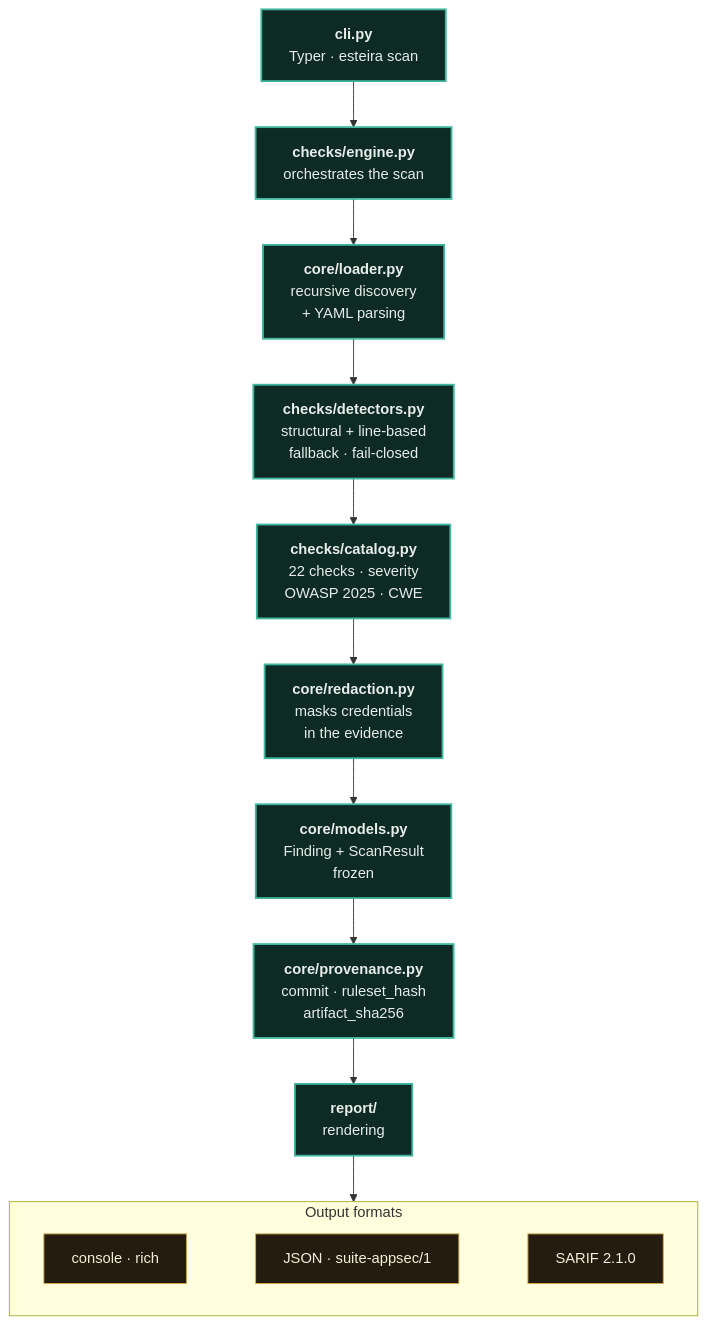
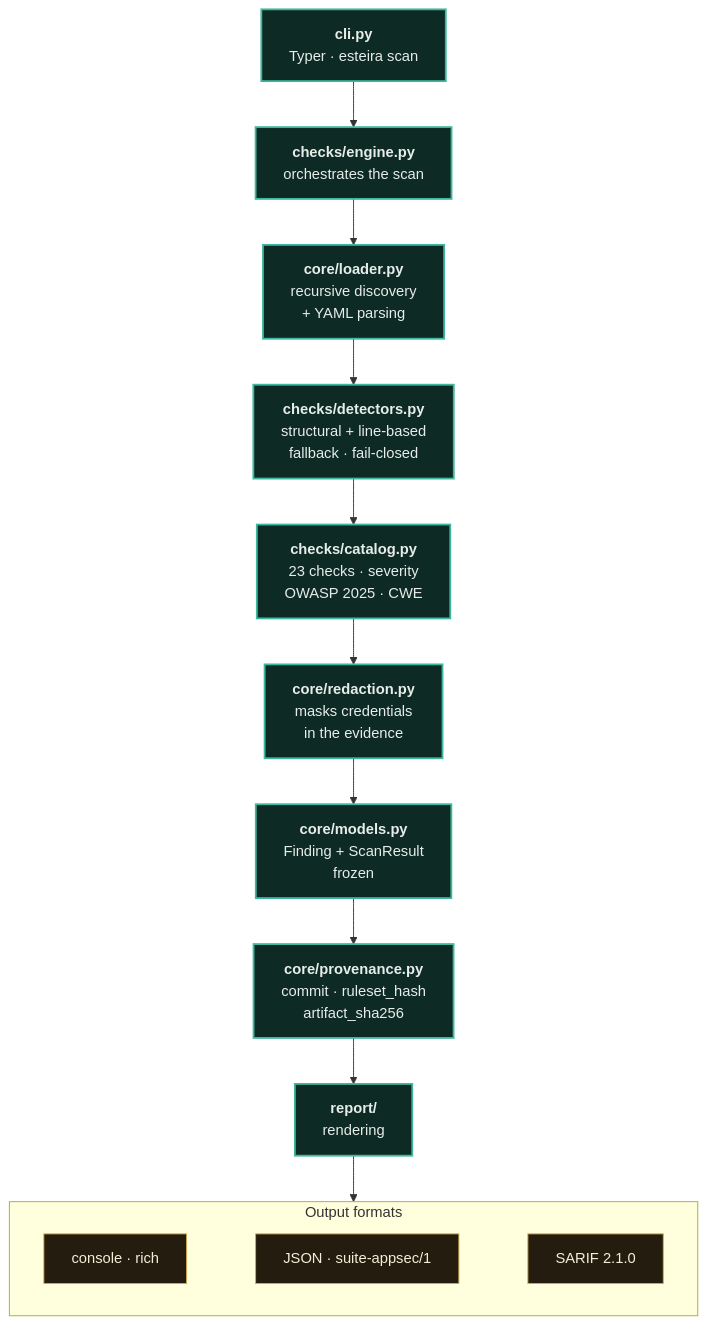
Before and after one commit to Paulo-Marcos-Lucio/esteira: the diagram in README.en.md, drawn with Mermaid. The commit also changed other lines of this file and 9 other files, not shown here.

````diff
--- a/README.en.md
+++ b/README.en.md
@@ -274,20 +275,20 @@
 ```mermaid
 flowchart TD
     A["<b>cli.py</b><br/>Typer · esteira scan"] --> ENG["<b>checks/engine.py</b><br/>orchestrates the scan"]
     ENG --> LOAD["<b>core/loader.py</b><br/>recursive discovery<br/>+ YAML parsing"]
     LOAD --> DET["<b>checks/detectors.py</b><br/>structural + line-based<br/>fallback · fail-closed"]
-    DET --> CAT["<b>checks/catalog.py</b><br/>22 checks · severity<br/>OWASP 2025 · CWE"]
+    DET --> CAT["<b>checks/catalog.py</b><br/>23 checks · severity<br/>OWASP 2025 · CWE"]
     CAT --> RED["<b>core/redaction.py</b><br/>masks credentials<br/>in the evidence"]
     RED --> FND["<b>core/models.py</b><br/>Finding + ScanResult<br/>frozen"]
     FND --> PRV["<b>core/provenance.py</b><br/>commit · ruleset_hash<br/>artifact_sha256"]
     PRV --> REP["<b>report/</b><br/>rendering"]
     REP --> OUT
     subgraph OUT [" Output formats "]
         direction LR
         CON["console · rich"] ~~~ JS["JSON · suite-appsec/1"] ~~~ SA["SARIF 2.1.0"]
     end
     classDef nucleo fill:#0e2a24,stroke:#3fb79e,stroke-width:2px,color:#e7ede9;
     classDef saida fill:#241d0f,stroke:#d6a94e,color:#f5ecd9;
     class A,ENG,LOAD,DET,CAT,RED,FND,PRV,REP nucleo;
     class CON,JS,SA saida;
 ```
````
